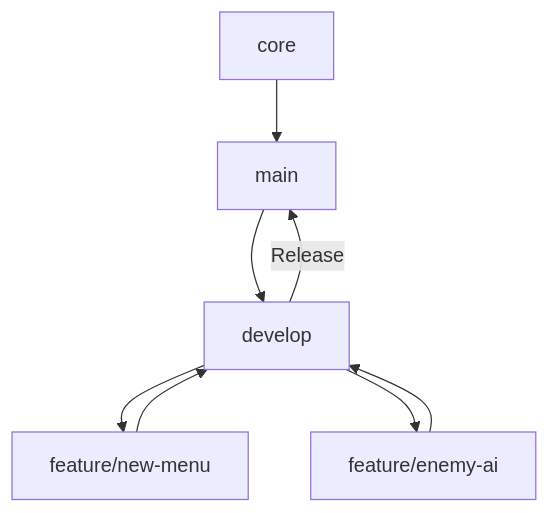
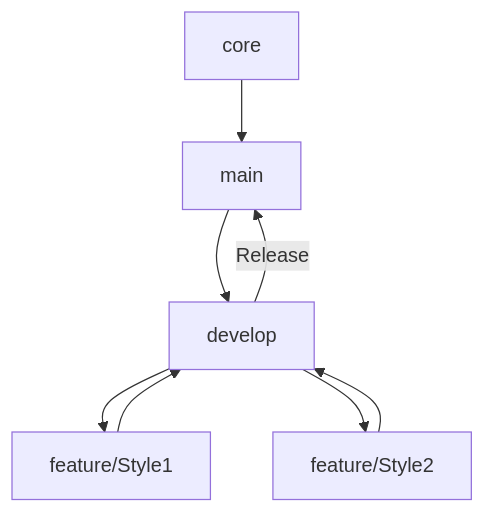
The diagram in README.md (valdecidanilo/BetForge), drawn with Mermaid before and after one commit.

````diff
--- a/README.md
+++ b/README.md
@@ -33,10 +33,10 @@
 ```mermaid
 graph TD
     A[core] --> B[main]
     B --> C[develop]
-    C --> D[feature/new-menu]
-    C --> E[feature/enemy-ai]
+    C --> D[feature/Style1]
+    C --> E[feature/Style2]
     D --> C
     E --> C
     C -->|Release| B
 ```
````
